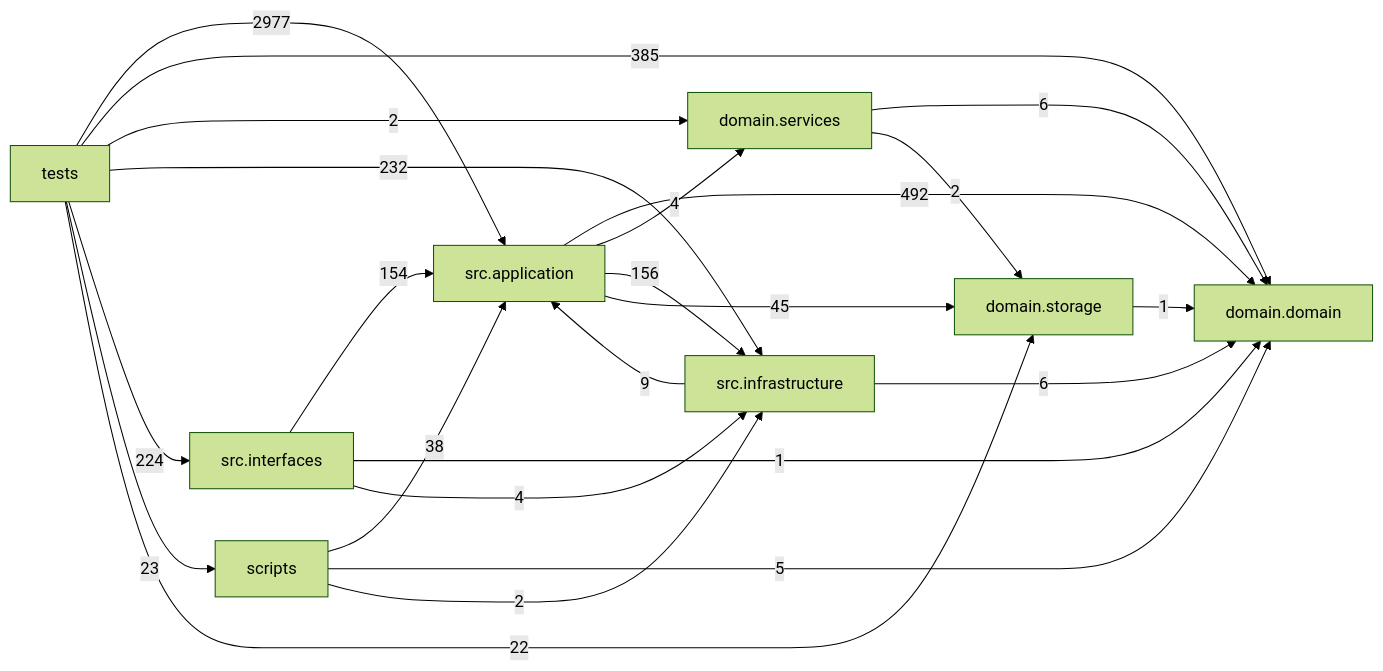
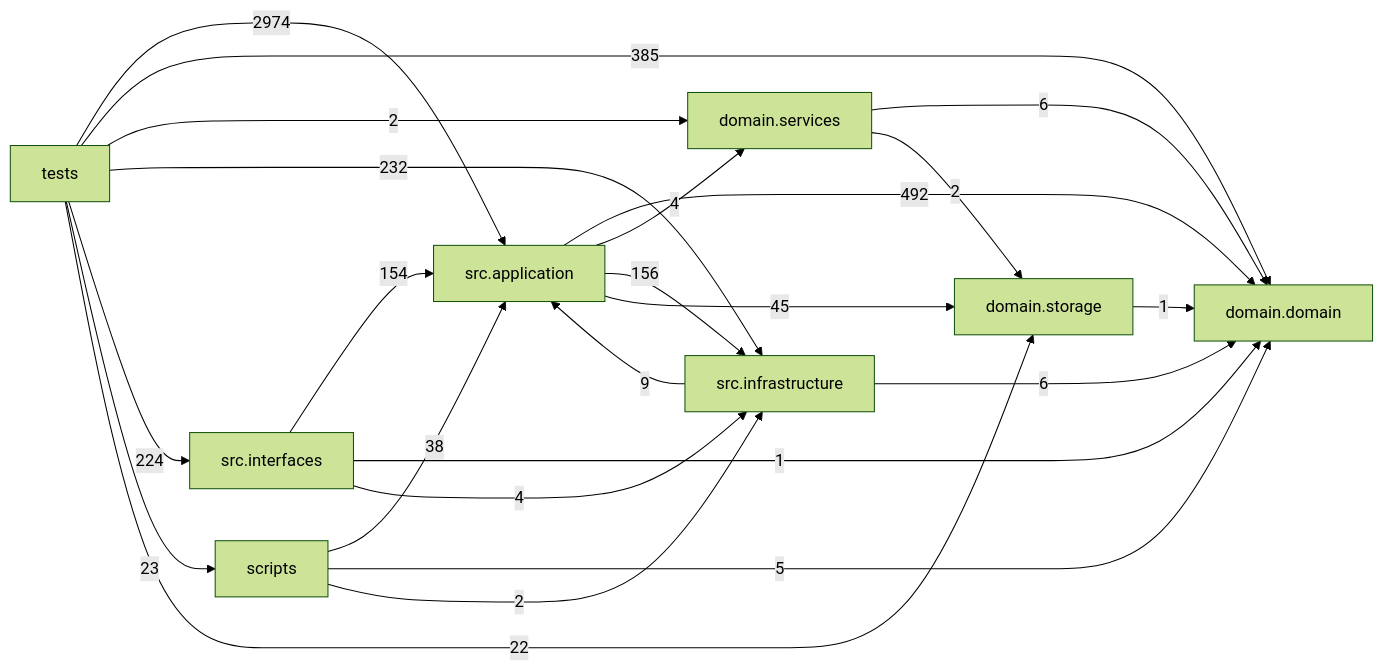
Before and after one commit to liuxie066/options-monitor: the diagram in docs/DEPENDENCY_GRAPH.md, drawn with Mermaid (forest theme). The commit also changed other lines of this file, not shown here.

Commit message:
docs(graph): regenerate the dependency graph after the final test consolidation

````diff
--- a/docs/DEPENDENCY_GRAPH.md
+++ b/docs/DEPENDENCY_GRAPH.md
@@ -24,33 +24,33 @@
 ```mermaid
 flowchart LR
   tests["tests"]
   scripts["scripts"]
   interfaces["src.interfaces"]
   application["src.application"]
   infrastructure["src.infrastructure"]
   domain_services["domain.services"]
   domain["domain.domain"]
   storage["domain.storage"]
   application -->|492| domain
   application -->|4| domain_services
   application -->|156| infrastructure
   application -->|45| storage
   domain_services -->|6| domain
   domain_services -->|2| storage
   infrastructure -->|9| application
   infrastructure -->|6| domain
   interfaces -->|154| application
   interfaces -->|1| domain
   interfaces -->|4| infrastructure
   scripts -->|38| application
   scripts -->|5| domain
   scripts -->|2| infrastructure
   storage -->|1| domain
-  tests -->|2977| application
+  tests -->|2974| application
   tests -->|385| domain
   tests -->|2| domain_services
   tests -->|232| infrastructure
   tests -->|224| interfaces
   tests -->|23| scripts
   tests -->|22| storage
 ```
````
